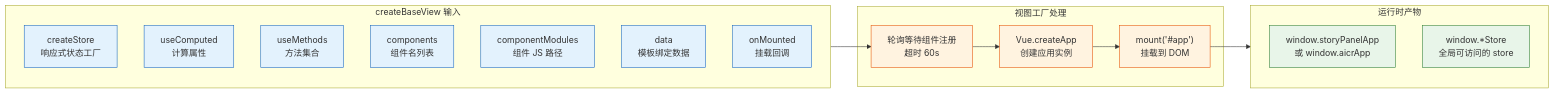
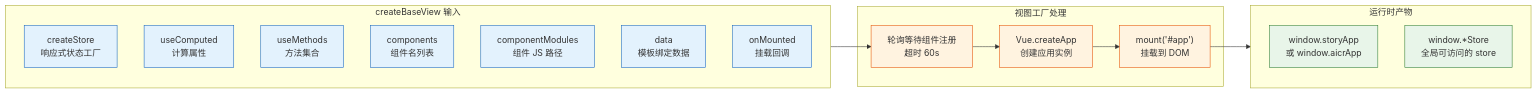
The second of 9 diagrams in docs/故事任务面板/rui-story/YiWeb-04-前端技术评审.md (effiy/YiWeb), drawn with Mermaid before and after one commit. The commit also changed other lines of this file and 21 other files, not shown here.

First line of the commit message:
refactor: rename storyPanel view directory to story

````diff
--- a/docs/故事任务面板/rui-story/YiWeb-04-前端技术评审.md
+++ b/docs/故事任务面板/rui-story/YiWeb-04-前端技术评审.md
@@ -76,29 +76,29 @@
 ```mermaid
 flowchart LR
     subgraph 输入["createBaseView 输入"]
         Store["createStore<br/>响应式状态工厂"]:::in
         Computed["useComputed<br/>计算属性"]:::in
         Methods["useMethods<br/>方法集合"]:::in
         Comps["components<br/>组件名列表"]:::in
         Modules["componentModules<br/>组件 JS 路径"]:::in
         Data["data<br/>模板绑定数据"]:::in
         Mounted["onMounted<br/>挂载回调"]:::in
     end
 
     subgraph 处理["视图工厂处理"]
         Wait["轮询等待组件注册<br/>超时 60s"]:::proc
         Create["Vue.createApp<br/>创建应用实例"]:::proc
         Mount["mount('#app')<br/>挂载到 DOM"]:::proc
     end
 
     subgraph 输出["运行时产物"]
-        App["window.storyPanelApp<br/>或 window.aicrApp"]:::out
+        App["window.storyApp<br/>或 window.aicrApp"]:::out
         StoreObj["window.*Store<br/>全局可访问的 store"]:::out
     end
 
     输入 --> Wait --> Create --> Mount --> 输出
 
     classDef in fill:#e3f2fd,stroke:#1565c0;
     classDef proc fill:#fff3e0,stroke:#e65100;
     classDef out fill:#e8f5e9,stroke:#2e7d32;
 ```
````
